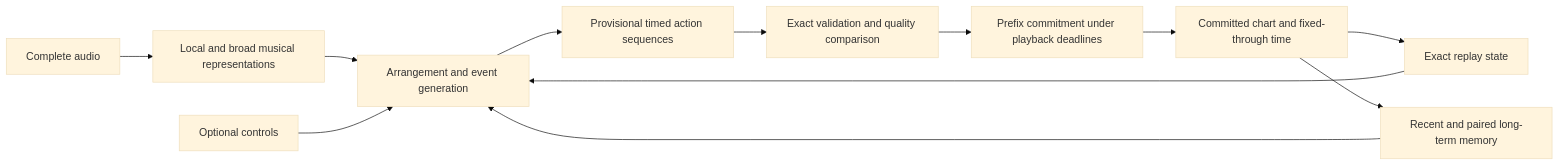
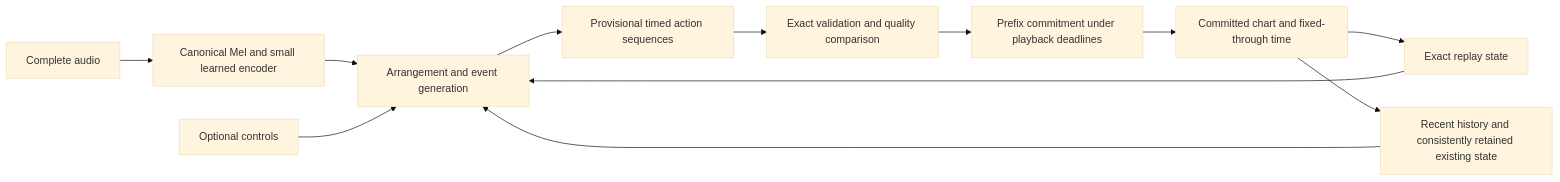
One commit to Pulsefield/Pulsefield-model changed the diagram in docs/research/audio_conditioned_choreography.md. Above: the diagram before and after it, drawn with Mermaid (base theme). The commit also changed other lines of this file, not shown here.

Commit message:
Prioritize joint timing and row learning on the confirmed Mel frontend

````diff
--- a/docs/research/audio_conditioned_choreography.md
+++ b/docs/research/audio_conditioned_choreography.md
@@ -286,14 +338,14 @@
 ```mermaid
 flowchart LR
-    A[Complete audio] --> X[Local and broad musical representations]
+    A[Complete audio] --> X[Canonical Mel and small learned encoder]
     H[Committed chart and fixed-through time] --> E[Exact replay state]
-    H --> M[Recent and paired long-term memory]
+    H --> M[Recent history and consistently retained existing state]
     X --> P[Arrangement and event generation]
     E --> P
     M --> P
     C[Optional controls] --> P
     P --> Y[Provisional timed action sequences]
     Y --> V[Exact validation and quality comparison]
     V --> G[Prefix commitment under playback deadlines]
     G --> H
 ```
````
